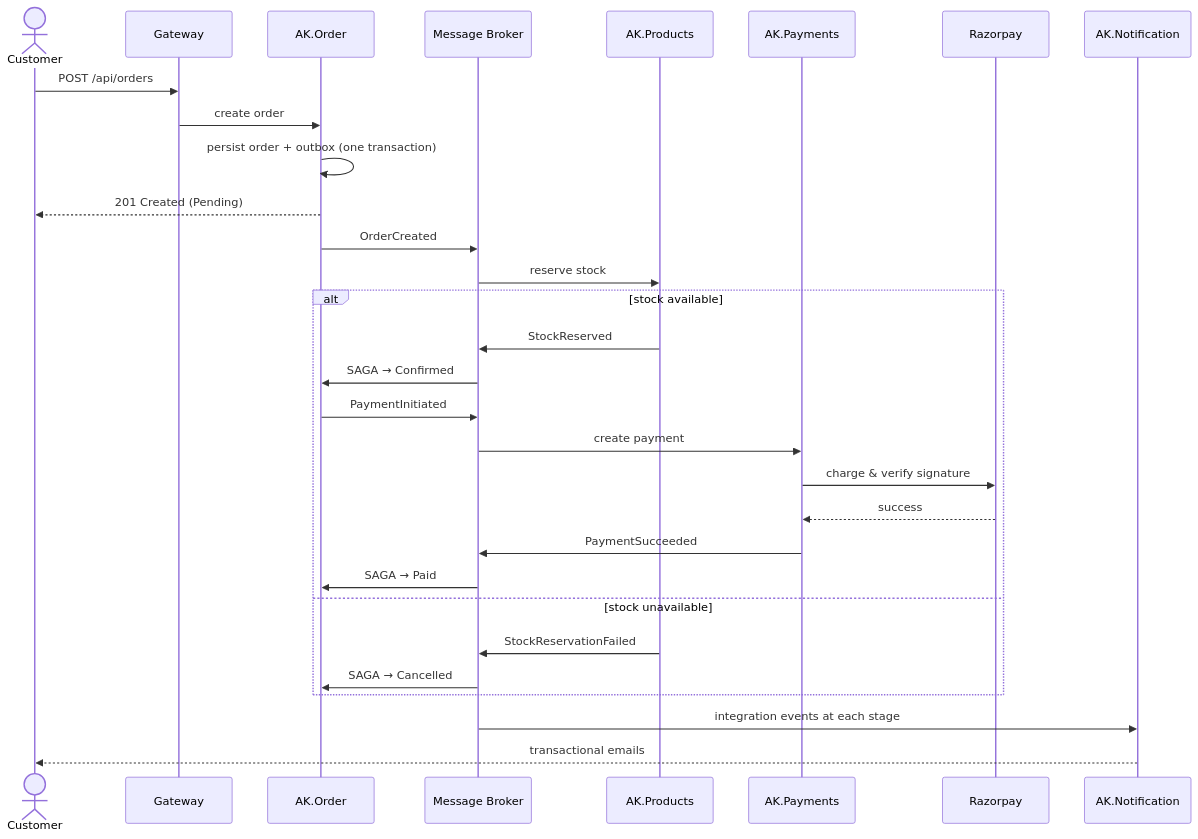
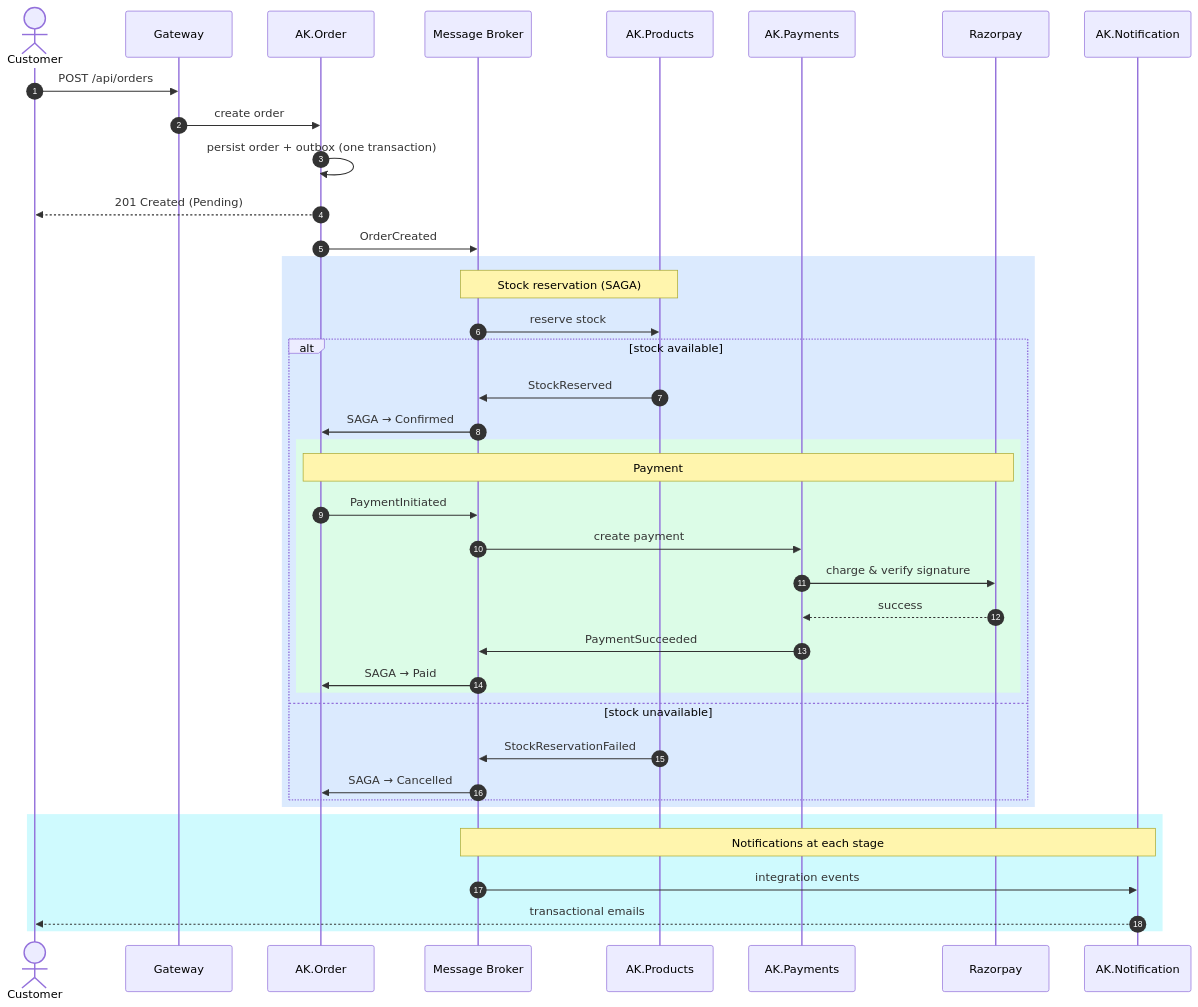
One commit to seesathish/AntKart-Src3 changed the third of 4 diagrams in README.md. Above: the diagram before and after it, drawn with Mermaid. The commit also changed other lines of this file, not shown here.

First line of the commit message:
docs: fix README Mermaid syntax, enrich diagrams, and deepen front-door content

````diff
--- a/README.md
+++ b/README.md
@@ -147,33 +232,45 @@
 ```mermaid
 sequenceDiagram
+    autonumber
     actor C as Customer
     participant GW as Gateway
     participant O as AK.Order
     participant B as Message Broker
     participant P as AK.Products
     participant PAY as AK.Payments
     participant RZ as Razorpay
     participant N as AK.Notification
 
     C->>GW: POST /api/orders
     GW->>O: create order
     O->>O: persist order + outbox (one transaction)
     O-->>C: 201 Created (Pending)
     O->>B: OrderCreated
+
+    rect rgb(219, 234, 254)
+    Note over B,P: Stock reservation (SAGA)
     B->>P: reserve stock
     alt stock available
       P->>B: StockReserved
       B->>O: SAGA → Confirmed
+      rect rgb(220, 252, 231)
+      Note over O,RZ: Payment
       O->>B: PaymentInitiated
       B->>PAY: create payment
       PAY->>RZ: charge & verify signature
       RZ-->>PAY: success
       PAY->>B: PaymentSucceeded
       B->>O: SAGA → Paid
+      end
     else stock unavailable
       P->>B: StockReservationFailed
       B->>O: SAGA → Cancelled
     end
-    B->>N: integration events at each stage
+    end
+
+    rect rgb(207, 250, 254)
+    Note over B,N: Notifications at each stage
+    B->>N: integration events
     N-->>C: transactional emails
+    end
 ```
````
